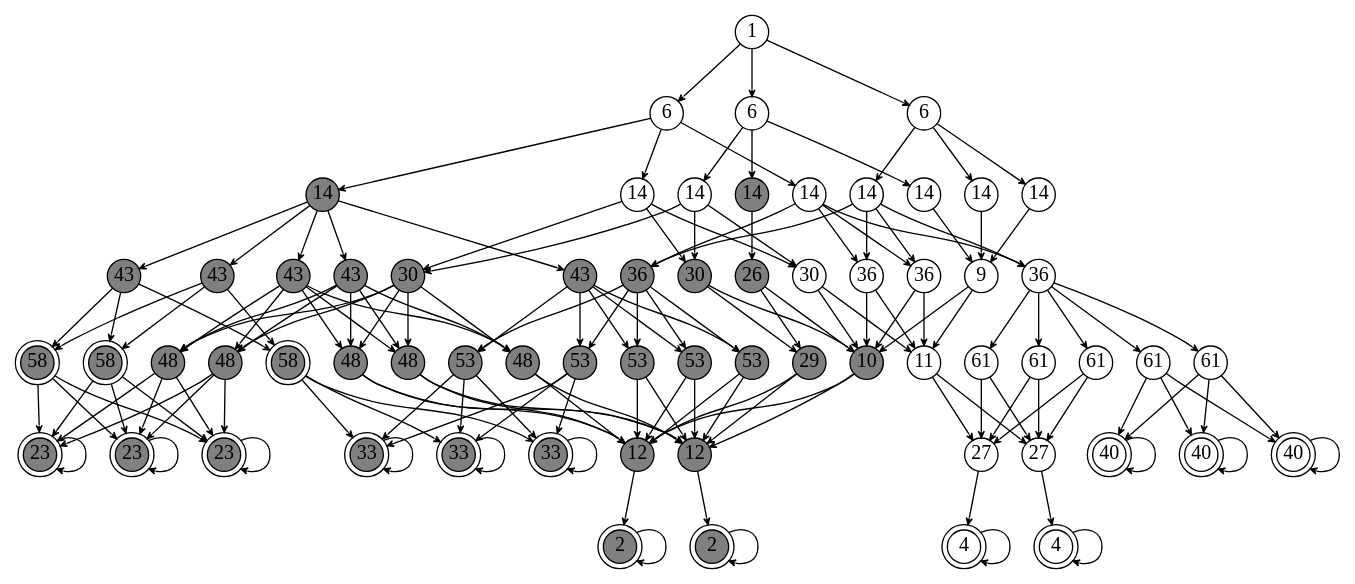
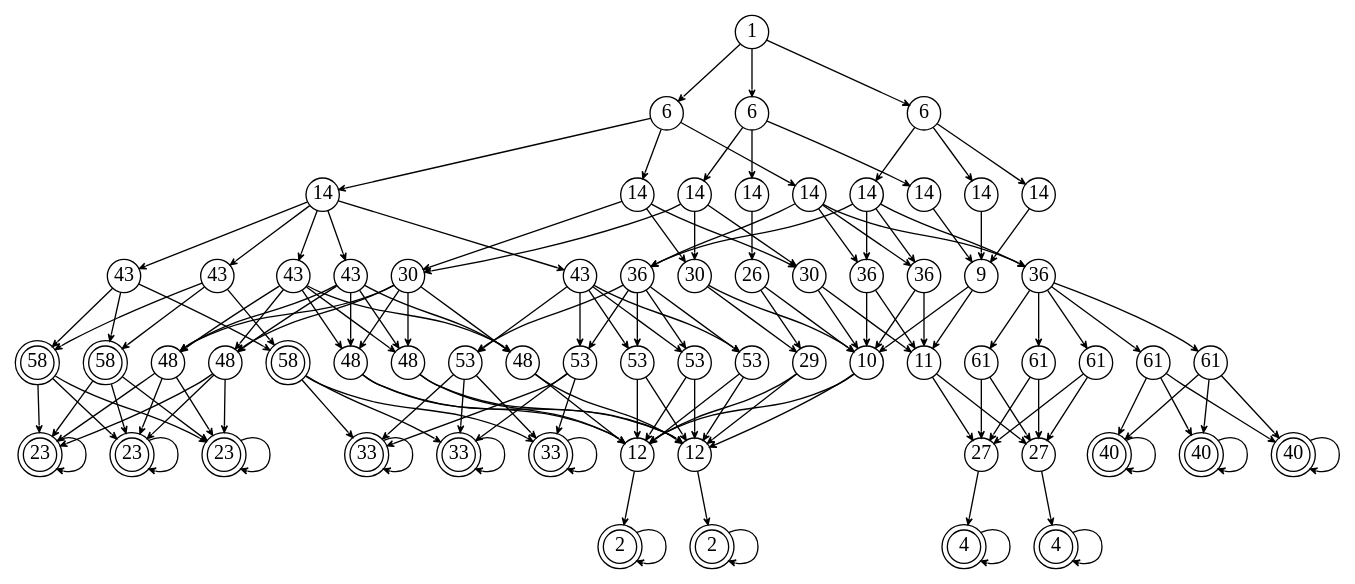
The diagram in attack_graph/result/attack_graph_org.dot (kphongph/repo_ttu), drawn with Graphviz before and after one commit. The commit also changed 14 other files, not shown here.

Commit message:
all graph done

```diff
--- a/attack_graph/result/attack_graph_org.dot
+++ b/attack_graph/result/attack_graph_org.dot
@@ -6,65 +6,65 @@
   s1 [label="6"];
   s2 [label="6"];
   s3 [label="6"];
-  s4 [label="14",style=filled, fillcolor=gray];
+  s4 [label="14",style=filled, fillcolor=white];
   s5 [label="14"];
   s6 [label="14"];
-  s7 [label="14",style=filled, fillcolor=gray];
+  s7 [label="14",style=filled, fillcolor=white];
   s8 [label="14"];
   s9 [label="14"];
   s10 [label="14"];
   s11 [label="14"];
   s12 [label="14"];
-  s13 [label="43",style=filled, fillcolor=gray];
-  s14 [label="43",style=filled, fillcolor=gray];
-  s15 [label="43",style=filled, fillcolor=gray];
-  s16 [label="43",style=filled, fillcolor=gray];
-  s17 [label="30",style=filled, fillcolor=gray];
-  s18 [label="43",style=filled, fillcolor=gray];
-  s19 [label="36",style=filled, fillcolor=gray];
-  s20 [label="30",style=filled, fillcolor=gray];
-  s21 [label="26",style=filled, fillcolor=gray];
+  s13 [label="43",style=filled, fillcolor=white];
+  s14 [label="43",style=filled, fillcolor=white];
+  s15 [label="43",style=filled, fillcolor=white];
+  s16 [label="43",style=filled, fillcolor=white];
+  s17 [label="30",style=filled, fillcolor=white];
+  s18 [label="43",style=filled, fillcolor=white];
+  s19 [label="36",style=filled, fillcolor=white];
+  s20 [label="30",style=filled, fillcolor=white];
+  s21 [label="26",style=filled, fillcolor=white];
   s22 [label="30"];
   s23 [label="36"];
   s24 [label="36"];
   s25 [label="9"];
   s26 [label="36"];
-  s27 [label="58", peripheries=2, style=filled, fillcolor=gray];
-  s28 [label="58", peripheries=2, style=filled, fillcolor=gray];
-  s29 [label="48",style=filled, fillcolor=gray];
-  s30 [label="48",style=filled, fillcolor=gray]; 
-  s31 [label="58", peripheries=2, style=filled, fillcolor=gray];
-  s32 [label="53",style=filled, fillcolor=gray];
-  s33 [label="53",style=filled, fillcolor=gray];
-  s34 [label="48",style=filled, fillcolor=gray];
-  s35 [label="48",style=filled, fillcolor=gray];
-  s36 [label="48",style=filled, fillcolor=gray];
-  s37 [label="53",style=filled, fillcolor=gray];
-  s38 [label="53",style=filled, fillcolor=gray];
-  s39 [label="53",style=filled, fillcolor=gray];
-  s40 [label="29",style=filled, fillcolor=gray];
-  s41 [label="10",style=filled, fillcolor=gray];
+  s27 [label="58", peripheries=2, style=filled, fillcolor=white];
+  s28 [label="58", peripheries=2, style=filled, fillcolor=white];
+  s29 [label="48",style=filled, fillcolor=white];
+  s30 [label="48",style=filled, fillcolor=white]; 
+  s31 [label="58", peripheries=2, style=filled, fillcolor=white];
+  s32 [label="53",style=filled, fillcolor=white];
+  s33 [label="53",style=filled, fillcolor=white];
+  s34 [label="48",style=filled, fillcolor=white];
+  s35 [label="48",style=filled, fillcolor=white];
+  s36 [label="48",style=filled, fillcolor=white];
+  s37 [label="53",style=filled, fillcolor=white];
+  s38 [label="53",style=filled, fillcolor=white];
+  s39 [label="53",style=filled, fillcolor=white];
+  s40 [label="29",style=filled, fillcolor=white];
+  s41 [label="10",style=filled, fillcolor=white];
   s42 [label="61"];
   s43 [label="61"];
   s44 [label="11"];
   s45 [label="61"];
   s46 [label="61"];
   s47 [label="61"];
-  s48 [label="23",peripheries=2,style=filled, fillcolor=gray];
-  s49 [label="23",peripheries=2,style=filled, fillcolor=gray]; 
-  s50 [label="23",peripheries=2,style=filled, fillcolor=gray];
-  s51 [label="33",peripheries=2,style=filled, fillcolor=gray];
-  s52 [label="33",peripheries=2,style=filled, fillcolor=gray];
-  s53 [label="33",peripheries=2,style=filled, fillcolor=gray];
-  s54 [label="12",style=filled, fillcolor=gray];
-  s55 [label="12",style=filled, fillcolor=gray];
+  s48 [label="23",peripheries=2,style=filled, fillcolor=white];
+  s49 [label="23",peripheries=2,style=filled, fillcolor=white]; 
+  s50 [label="23",peripheries=2,style=filled, fillcolor=white];
+  s51 [label="33",peripheries=2,style=filled, fillcolor=white];
+  s52 [label="33",peripheries=2,style=filled, fillcolor=white];
+  s53 [label="33",peripheries=2,style=filled, fillcolor=white];
+  s54 [label="12",style=filled, fillcolor=white];
+  s55 [label="12",style=filled, fillcolor=white];
   s56 [label="40",peripheries=2];
   s57 [label="40",peripheries=2];
   s58 [label="40",peripheries=2];
   s59 [label="27"];
   s60 [label="27"];
-  s61 [label="2",peripheries=2,style=filled, fillcolor=gray];
-  s62 [label="2",peripheries=2,style=filled, fillcolor=gray];
+  s61 [label="2",peripheries=2,style=filled, fillcolor=white];
+  s62 [label="2",peripheries=2,style=filled, fillcolor=white];
   s63 [label="4",peripheries=2];
   s64 [label="4",peripheries=2];
   s0 -> s1 [color="black"];
```
